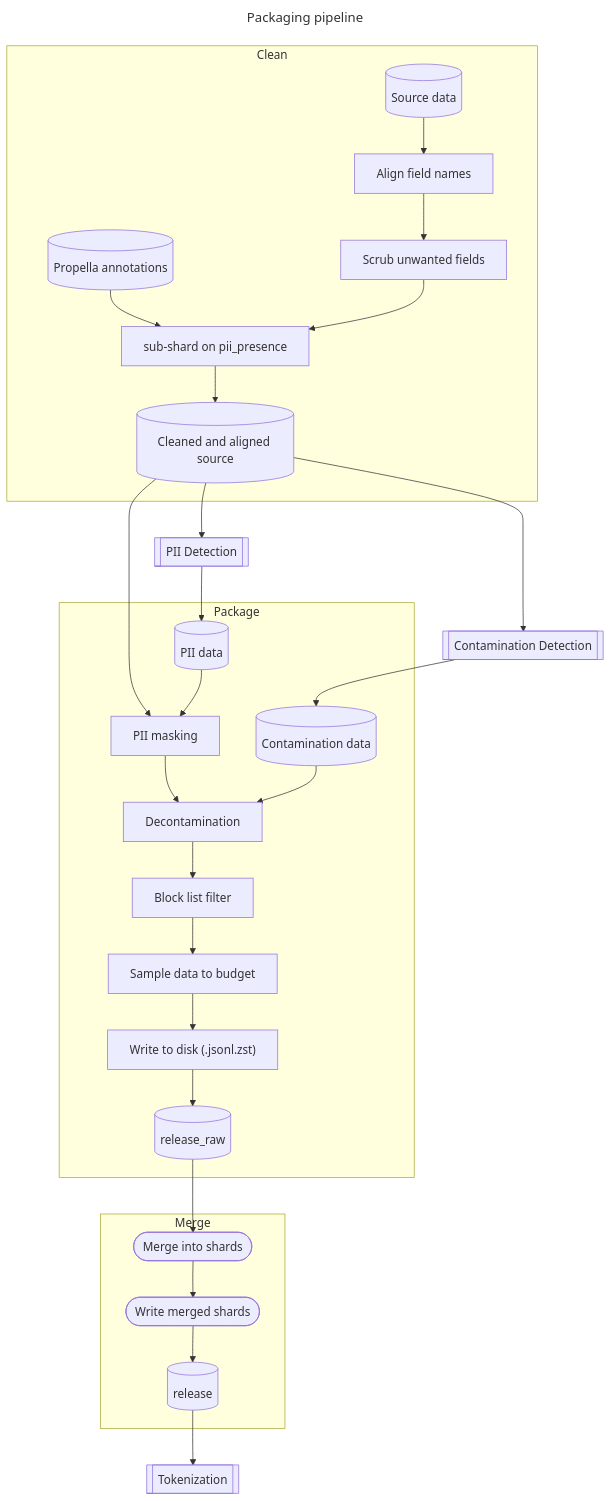
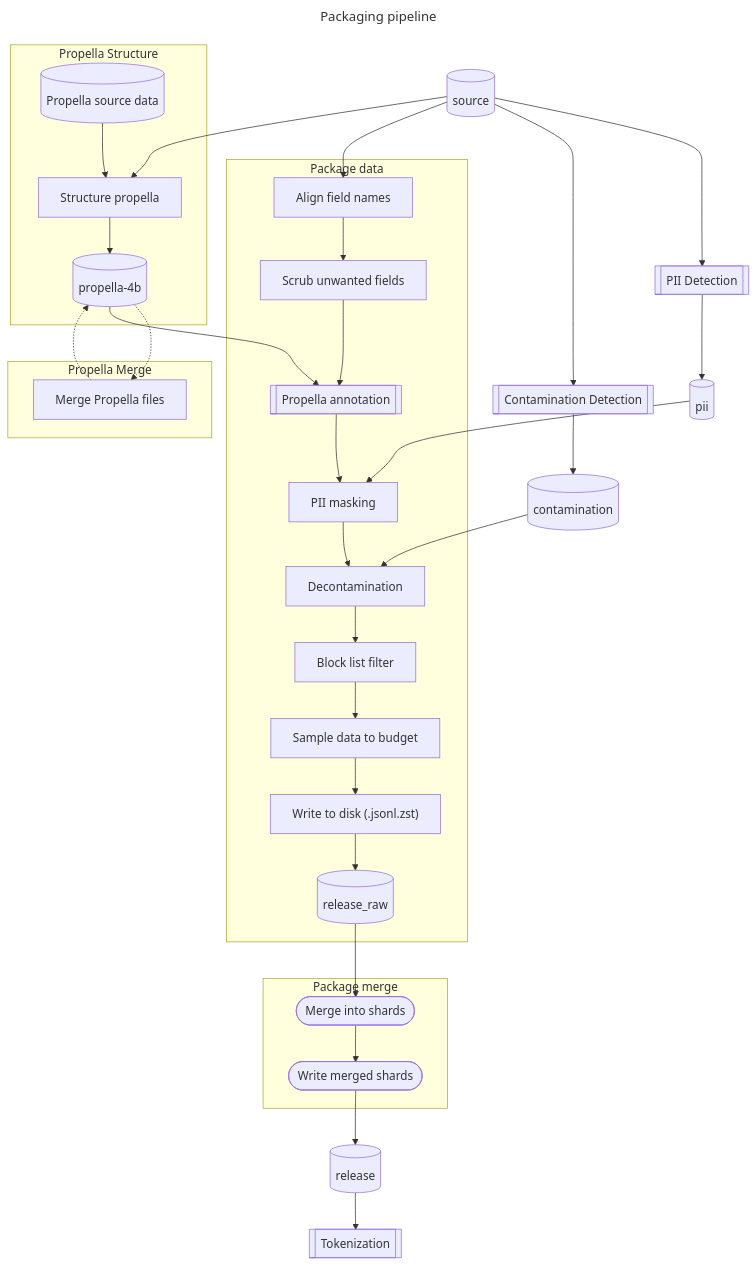
The diagram in docs/pipeline-flag.md (OpenEuroLLM/training-data-packer), drawn with Mermaid before and after one commit. The commit also changed other lines of this file, not shown here.

````diff
--- a/docs/pipeline-flag.md
+++ b/docs/pipeline-flag.md
@@ -110,33 +16,39 @@
 ```mermaid
 ---
 title: "Packaging pipeline"
 ---
 graph TD;
-    subgraph Clean
-        Source[(Source data)]-->Align["Align field names"]
+    Source[(source)]-->Structure["Structure propella"]
+    subgraph Propella Structure
+        PropellaSource[(Propella source data)]-->Structure
+        Structure-->Propella4B[("Propella-4b")]
+    end
+    subgraph Propella Merge
+        Propella4B[("propella-4b")]-.->PropellaMerge[Merge Propella files]
+        PropellaMerge-.->Propella4B
+    end
+    Source-->PIIDetection
+    Source-->ContaminationDetection
+    PIIDetection[[PII Detection]]-->PIIdata
+    PIIdata[(pii)]-->PII
+    ContaminationDetection[[Contamination Detection]]-->ContaminationData
+    ContaminationData[(contamination)]-->Contamination
+    Source-->Align["Align field names"]
+    subgraph Package data
         Align-->Scrub["Scrub unwanted fields"]
-        Propella[(Propella annotations)]-->PIIShard
-        Scrub-->PIIShard["sub-shard on pii_presence"]
-        PIIShard-->CleanSource[(Cleaned and aligned source)]
-    end
-    CleanSource-->PIIDetection
-    PIIDetection[[PII Detection]]-->PIIdata
-    CleanSource-->ContaminationDetection
-    ContaminationDetection[[Contamination Detection]]-->ContaminationData
-    subgraph Package
-        CleanSource-->PII[PII masking]
+        Scrub-->PropellaAnotation[[Propella annotation]]
+        Propella4B-->PropellaAnotation
+        PropellaAnotation-->PII[PII masking]
         PII-->Contamination["Decontamination"]
-        PIIdata[(PII data)]-->PII
         Contamination-->Block["Block list filter"]
-        ContaminationData[(Contamination data)]-->Contamination
         Block-->Sampler["Sample data to budget"]
         Sampler-->Writer["Write to disk (.jsonl.zst)"]
         Writer-->ReleaseRaw[(release_raw)]
     end
-    subgraph Merge
+    subgraph Package merge
         ReleaseRaw-->Merger([Merge into shards])
         Merger-->ShardWriter([Write merged shards])
-        ShardWriter-->Release[(release)]
     end
+    ShardWriter-->Release[(release)]
     Release-->Tokenization[[Tokenization]]
 ```
````
